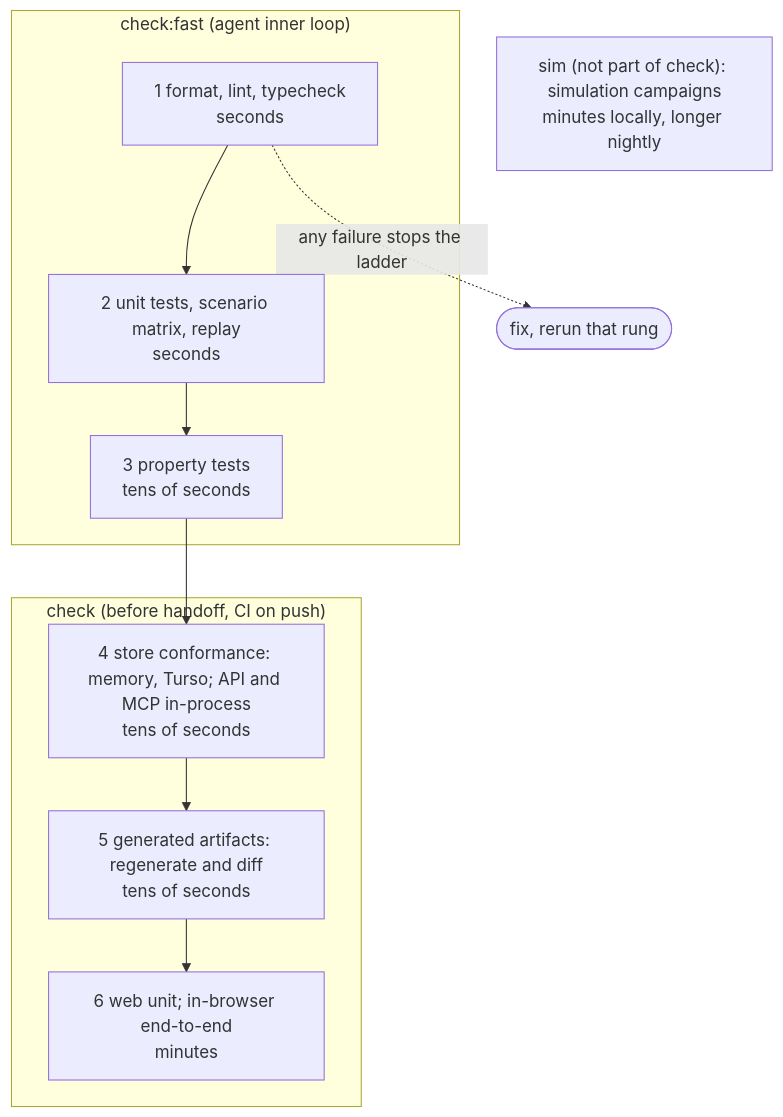
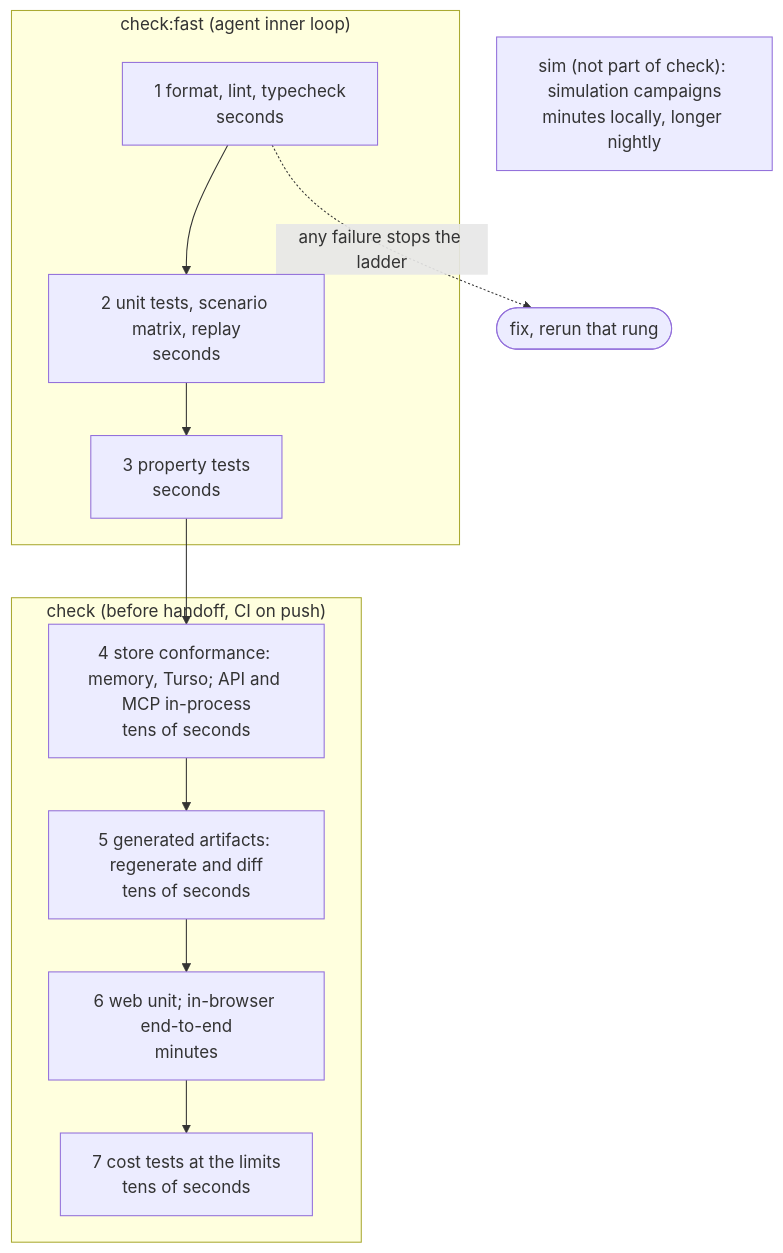
Before and after one commit to JacobHayes/cairn: the diagram in PRACTICES.md, drawn with Mermaid. The commit also changed other lines of this file and 23 other files, not shown here.

````diff
--- a/PRACTICES.md
+++ b/PRACTICES.md
@@ -210,18 +210,19 @@
 ```mermaid
 flowchart TB
     subgraph fast["check:fast (agent inner loop)"]
         r1["1 format, lint, typecheck<br/>seconds"]
         r2["2 unit tests, scenario matrix, replay<br/>seconds"]
-        r3["3 property tests<br/>tens of seconds"]
+        r3["3 property tests<br/>seconds"]
         r1 --> r2 --> r3
     end
     subgraph full["check (before handoff, CI on push)"]
         r4["4 store conformance: memory, Turso; API and MCP in-process<br/>tens of seconds"]
         r5["5 generated artifacts: regenerate and diff<br/>tens of seconds"]
         r6["6 web unit; in-browser end-to-end<br/>minutes"]
-        r4 --> r5 --> r6
+        r7["7 cost tests at the limits<br/>tens of seconds"]
+        r4 --> r5 --> r6 --> r7
     end
     sim["sim (not part of check): simulation campaigns<br/>minutes locally, longer nightly"]
     r3 --> r4
     r1 -. "any failure stops the ladder" .-> stop([fix, rerun that rung])
 ```
````
